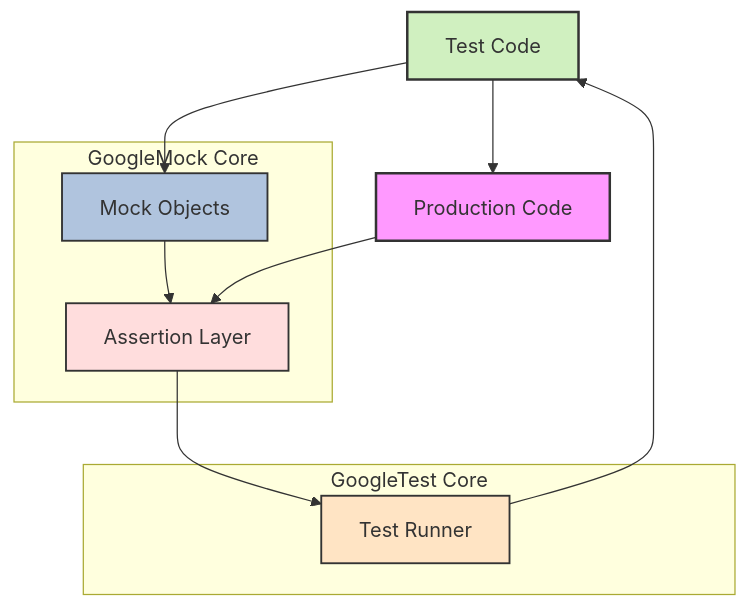
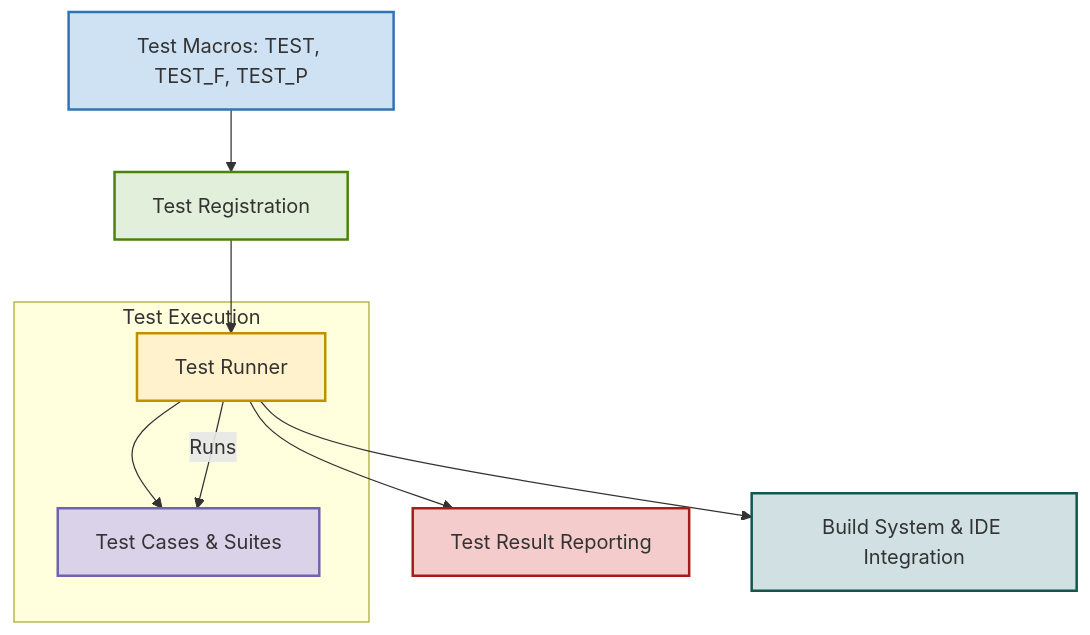
The diagram in overview/core-architecture-concepts/architecture-overview.mdx (clidey/docucod-public-project-869ef7c3-7eff-4ad2-9765-2698303f14d7), drawn with Mermaid before and after one commit. The commit also changed other lines of this file and 58 other files, not shown here.

````diff
--- a/overview/core-architecture-concepts/architecture-overview.mdx
+++ b/overview/core-architecture-concepts/architecture-overview.mdx
@@ -46,26 +40,42 @@
 ```mermaid
 flowchart TD
+  %% User writes tests using macros
+  UserTestCode[Test Macros: TEST, TEST_F, TEST_P]
 
-  TestCode["Test Code"] --> MockObjects["Mock Objects"]
-  TestCode --> ProductionCode["Production Code"]
-  MockObjects --> AssertionLayer["Assertion Layer"]
-  ProductionCode --> AssertionLayer
-  AssertionLayer --> TestRunner["Test Runner"]
-  TestRunner --> TestCode
+  %% Test registration stage
+  Registration[Test Registration]
 
-  subgraph "GoogleMock Core"
-    MockObjects
-    AssertionLayer
+  %% Test runner orchestrates execution
+  Runner[Test Runner]
+
+  %% Test cases and suites
+  TestCases[Test Cases & Suites]
+
+  %% Reporting outputs
+  Reporting[Test Result Reporting]
+
+  %% Integration with build and IDE
+  BuildIntegration[Build System & IDE Integration]
+
+  UserTestCode --> Registration
+  Registration --> Runner
+  Runner --> TestCases
+  Runner --> Reporting
+  Runner --> BuildIntegration
+
+  %% Details of main interactions
+  subgraph "Test Execution"
+    Runner -->|Runs| TestCases
   end
 
-  subgraph "GoogleTest Core"
-    AssertionLayer
-    TestRunner
-  end
+  style UserTestCode fill:#cfe2f3,stroke:#2f75b5,stroke-width:2px
+  style Registration fill:#e2efda,stroke:#4b830d,stroke-width:2px
+  style Runner fill:#fff2cc,stroke:#bf9000,stroke-width:2px
+  style TestCases fill:#d9d2e9,stroke:#6e62b1,stroke-width:2px
+  style Reporting fill:#f4cccc,stroke:#a61c1c,stroke-width:2px
+  style BuildIntegration fill:#d0e0e3,stroke:#13564e,stroke-width:2px
 
-  style TestCode fill:#d0f0c0,stroke:#333,stroke-width:2px
-  style ProductionCode fill:#f9f,stroke:#333,stroke-width:2px
-  style MockObjects fill:#b0c4de,stroke:#333,stroke-width:1.5px
-  style AssertionLayer fill:#fdd,stroke:#333,stroke-width:1.5px
-  style TestRunner fill:#ffe4c4,stroke:#333,stroke-width:1.5px
+  %% Annotations
+  classDef component fill:#f8f9fa,stroke:#444,stroke-width:1px;
+  class UserTestCode,Registration,Runner,TestCases,Reporting,BuildIntegration component;
 ```
````
